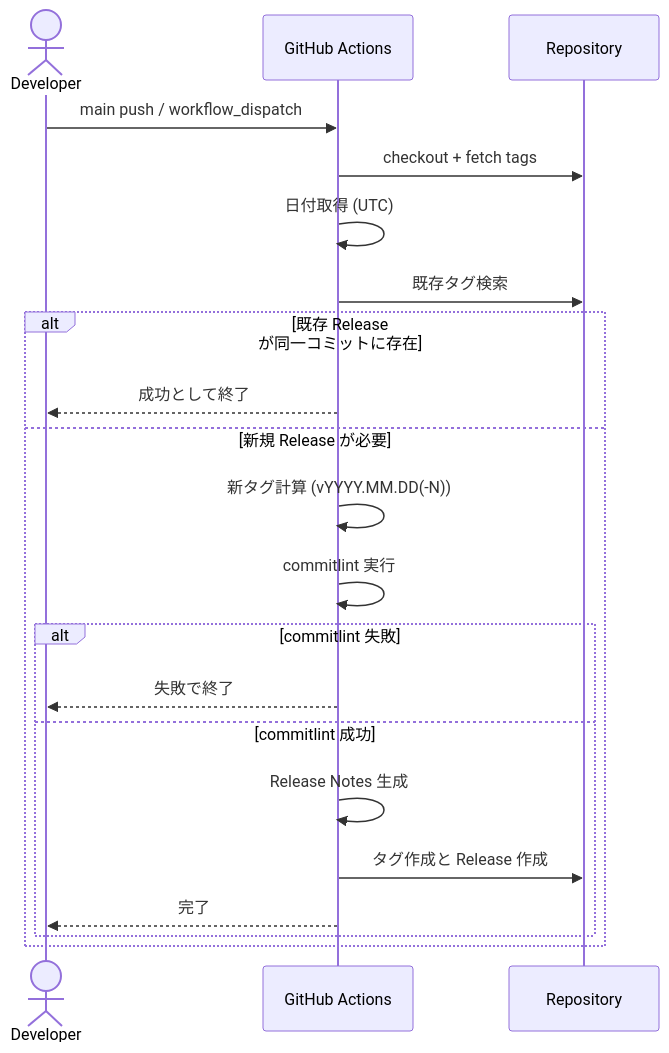
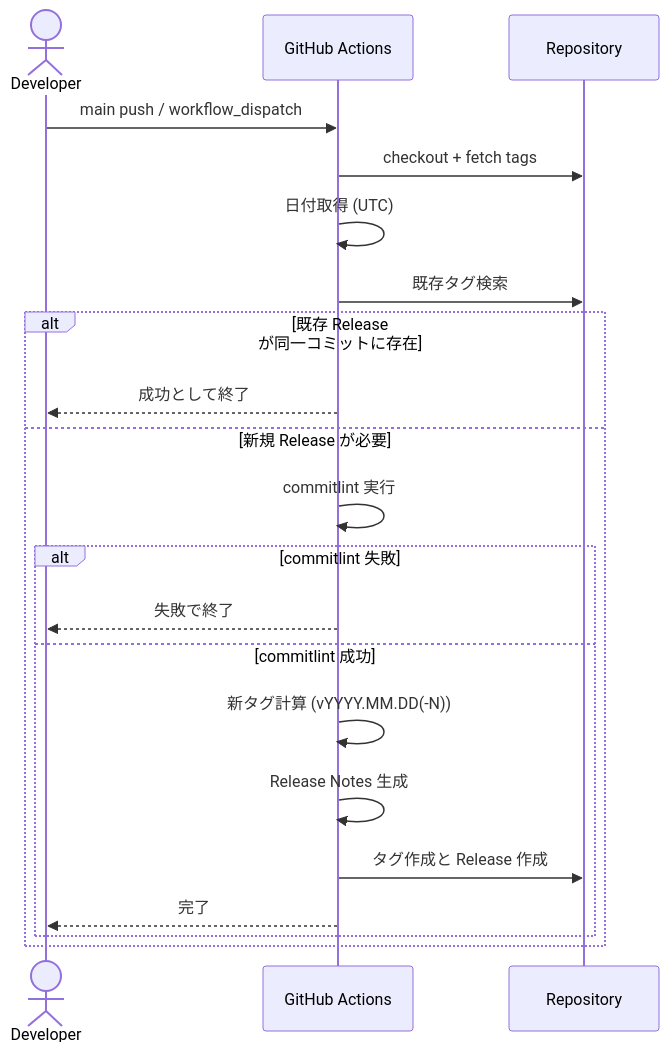
Before and after one commit to LevelCapTech/Agile-PMBOK-Assist: the first of 2 diagrams in .github/copilot/plans/47_github-release-management-implementation-plan.md, drawn with Mermaid. The commit also changed other lines of this file, not shown here.

````diff
--- a/.github/copilot/plans/47_github-release-management-implementation-plan.md
+++ b/.github/copilot/plans/47_github-release-management-implementation-plan.md
@@ -61,24 +62,24 @@
 ```mermaid
 sequenceDiagram
   actor Dev as Developer
   participant GH as GitHub Actions
   participant Repo as Repository
 
   Dev->>GH: main push / workflow_dispatch
   GH->>Repo: checkout + fetch tags
   GH->>GH: 日付取得 (UTC)
   GH->>Repo: 既存タグ検索
   alt 既存 Release が同一コミットに存在
     GH-->>Dev: 成功として終了
   else 新規 Release が必要
-    GH->>GH: 新タグ計算 (vYYYY.MM.DD(-N))
     GH->>GH: commitlint 実行
     alt commitlint 失敗
       GH-->>Dev: 失敗で終了
     else commitlint 成功
+      GH->>GH: 新タグ計算 (vYYYY.MM.DD(-N))
       GH->>GH: Release Notes 生成
       GH->>Repo: タグ作成と Release 作成
       GH-->>Dev: 完了
     end
   end
 ```
````
